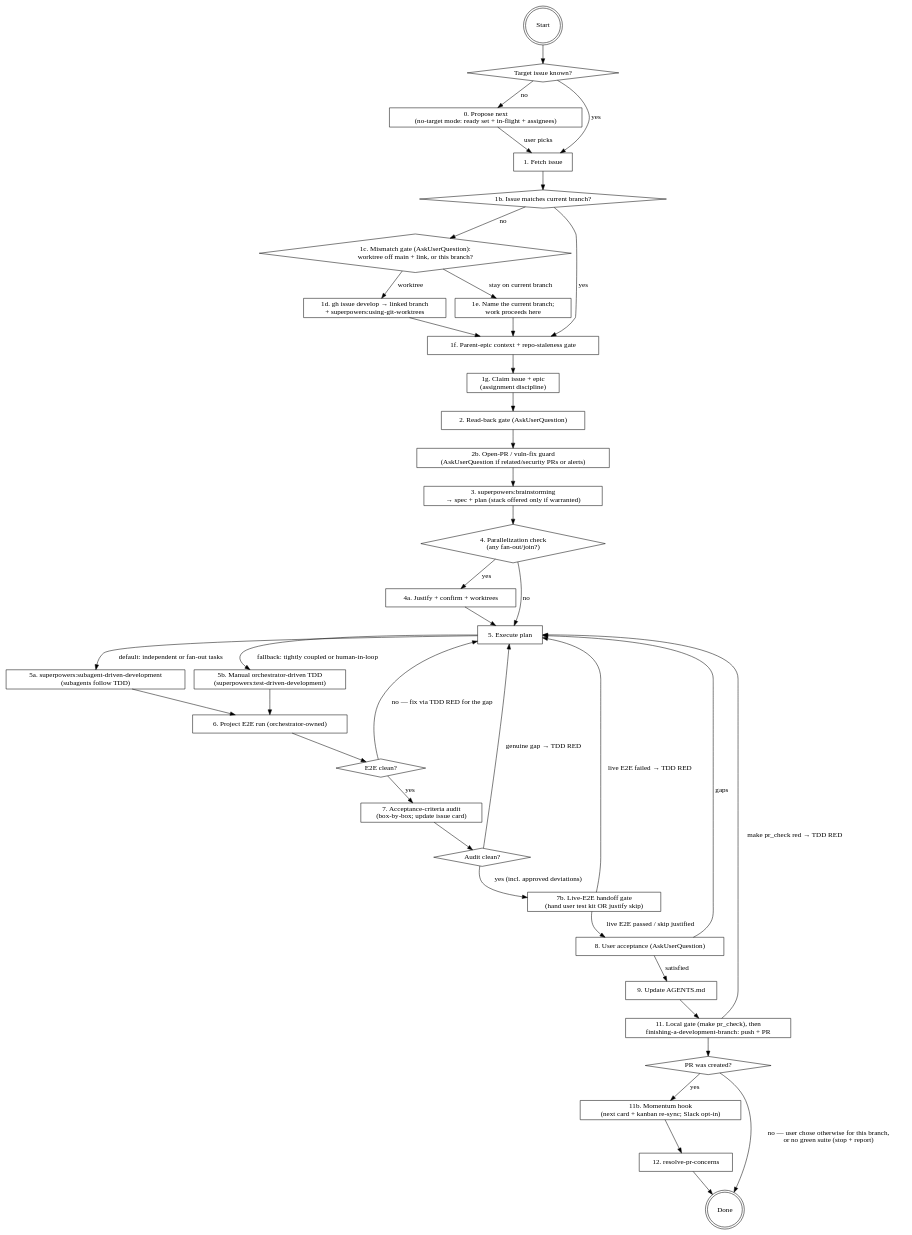
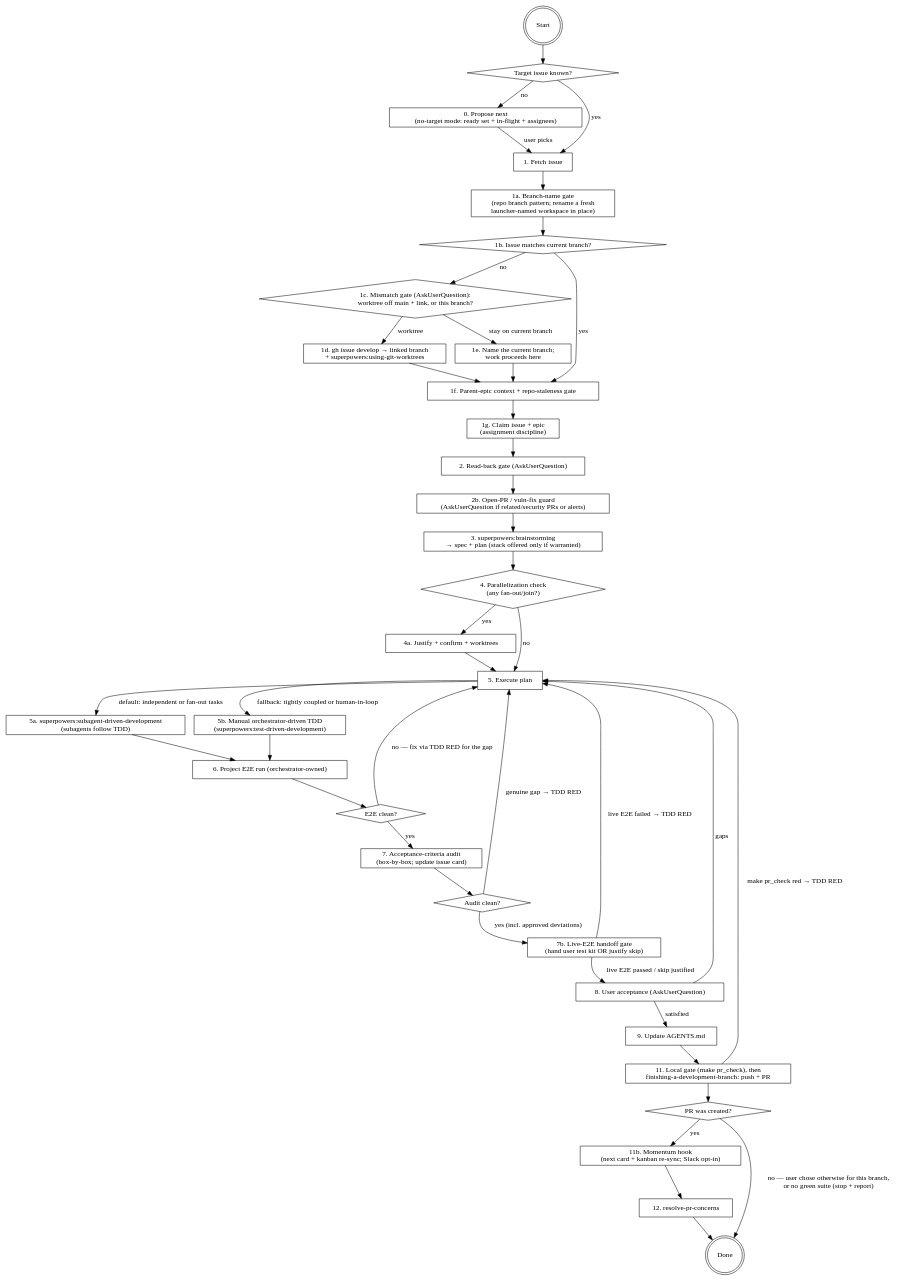
One commit to emigre459/agentic-ai-dev-template changed the diagram in .agents/skills/build-from-issue/SKILL.md. Above: the diagram before and after it, drawn with Graphviz. The commit also changed other lines of this file and 5 other files, not shown here.

First line of the commit message:
Add a branch-name gate to build-from-issue (#49)

````diff
--- a/.agents/skills/build-from-issue/SKILL.md
+++ b/.agents/skills/build-from-issue/SKILL.md
@@ -26,71 +26,72 @@
 ```dot
 digraph build_from_issue {
     rankdir=TB;
     "Start" [shape=doublecircle];
     "0. Propose next\n(no-target mode: ready set + in-flight + assignees)" [shape=box];
     "Target issue known?" [shape=diamond];
     "1. Fetch issue" [shape=box];
+    "1a. Branch-name gate\n(repo branch pattern; rename a fresh\nlauncher-named workspace in place)" [shape=box];
     "1b. Issue matches current branch?" [shape=diamond];
     "1c. Mismatch gate (AskUserQuestion):\nworktree off main + link, or this branch?" [shape=diamond];
     "1d. gh issue develop → linked branch\n+ superpowers:using-git-worktrees" [shape=box];
     "1e. Name the current branch;\nwork proceeds here" [shape=box];
     "1f. Parent-epic context + repo-staleness gate" [shape=box];
     "1g. Claim issue + epic\n(assignment discipline)" [shape=box];
     "2. Read-back gate (AskUserQuestion)" [shape=box];
     "2b. Open-PR / vuln-fix guard\n(AskUserQuestion if related/security PRs or alerts)" [shape=box];
     "3. superpowers:brainstorming\n→ spec + plan (stack offered only if warranted)" [shape=box];
     "4. Parallelization check\n(any fan-out/join?)" [shape=diamond];
     "4a. Justify + confirm + worktrees" [shape=box];
     "5. Execute plan" [shape=box];
     "5a. superpowers:subagent-driven-development\n(subagents follow TDD)" [shape=box];
     "5b. Manual orchestrator-driven TDD\n(superpowers:test-driven-development)" [shape=box];
     "6. Project E2E run (orchestrator-owned)" [shape=box];
     "E2E clean?" [shape=diamond];
     "7. Acceptance-criteria audit\n(box-by-box; update issue card)" [shape=box];
     "Audit clean?" [shape=diamond];
     "7b. Live-E2E handoff gate\n(hand user test kit OR justify skip)" [shape=box];
     "8. User acceptance (AskUserQuestion)" [shape=box];
     "9. Update AGENTS.md" [shape=box];
     "11. Local gate (make pr_check), then\nfinishing-a-development-branch: push + PR" [shape=box];
     "PR was created?" [shape=diamond];
     "11b. Momentum hook\n(next card + kanban re-sync; Slack opt-in)" [shape=box];
     "12. resolve-pr-concerns" [shape=box];
     "Done" [shape=doublecircle];
 
     "Start" -> "Target issue known?";
     "Target issue known?" -> "1. Fetch issue" [label="yes"];
     "Target issue known?" -> "0. Propose next\n(no-target mode: ready set + in-flight + assignees)" [label="no"];
     "0. Propose next\n(no-target mode: ready set + in-flight + assignees)" -> "1. Fetch issue" [label="user picks"];
-    "1. Fetch issue" -> "1b. Issue matches current branch?";
+    "1. Fetch issue" -> "1a. Branch-name gate\n(repo branch pattern; rename a fresh\nlauncher-named workspace in place)" -> "1b. Issue matches current branch?";
     "1b. Issue matches current branch?" -> "1f. Parent-epic context + repo-staleness gate" [label="yes"];
     "1b. Issue matches current branch?" -> "1c. Mismatch gate (AskUserQuestion):\nworktree off main + link, or this branch?" [label="no"];
     "1c. Mismatch gate (AskUserQuestion):\nworktree off main + link, or this branch?" -> "1d. gh issue develop → linked branch\n+ superpowers:using-git-worktrees" [label="worktree"];
     "1c. Mismatch gate (AskUserQuestion):\nworktree off main + link, or this branch?" -> "1e. Name the current branch;\nwork proceeds here" [label="stay on current branch"];
     "1d. gh issue develop → linked branch\n+ superpowers:using-git-worktrees" -> "1f. Parent-epic context + repo-staleness gate";
     "1e. Name the current branch;\nwork proceeds here" -> "1f. Parent-epic context + repo-staleness gate";
     "1f. Parent-epic context + repo-staleness gate" -> "1g. Claim issue + epic\n(assignment discipline)" -> "2. Read-back gate (AskUserQuestion)" -> "2b. Open-PR / vuln-fix guard\n(AskUserQuestion if related/security PRs or alerts)" -> "3. superpowers:brainstorming\n→ spec + plan (stack offered only if warranted)" -> "4. Parallelization check\n(any fan-out/join?)";
     "4. Parallelization check\n(any fan-out/join?)" -> "4a. Justify + confirm + worktrees" [label="yes"];
     "4. Parallelization check\n(any fan-out/join?)" -> "5. Execute plan" [label="no"];
     "4a. Justify + confirm + worktrees" -> "5. Execute plan";
     "5. Execute plan" -> "5a. superpowers:subagent-driven-development\n(subagents follow TDD)" [label="default: independent or fan-out tasks"];
     "5. Execute plan" -> "5b. Manual orchestrator-driven TDD\n(superpowers:test-driven-development)" [label="fallback: tightly coupled or human-in-loop"];
     "5a. superpowers:subagent-driven-development\n(subagents follow TDD)" -> "6. Project E2E run (orchestrator-owned)";
     "5b. Manual orchestrator-driven TDD\n(superpowers:test-driven-development)" -> "6. Project E2E run (orchestrator-owned)";
     "6. Project E2E run (orchestrator-owned)" -> "E2E clean?";
     "E2E clean?" -> "7. Acceptance-criteria audit\n(box-by-box; update issue card)" [label="yes"];
     "E2E clean?" -> "5. Execute plan" [label="no — fix via TDD RED for the gap"];
     "7. Acceptance-criteria audit\n(box-by-box; update issue card)" -> "Audit clean?";
     "Audit clean?" -> "7b. Live-E2E handoff gate\n(hand user test kit OR justify skip)" [label="yes (incl. approved deviations)"];
     "Audit clean?" -> "5. Execute plan" [label="genuine gap → TDD RED"];
     "7b. Live-E2E handoff gate\n(hand user test kit OR justify skip)" -> "8. User acceptance (AskUserQuestion)" [label="live E2E passed / skip justified"];
     "7b. Live-E2E handoff gate\n(hand user test kit OR justify skip)" -> "5. Execute plan" [label="live E2E failed → TDD RED"];
     "8. User acceptance (AskUserQuestion)" -> "5. Execute plan" [label="gaps"];
     "8. User acceptance (AskUserQuestion)" -> "9. Update AGENTS.md" [label="satisfied"];
     "9. Update AGENTS.md" -> "11. Local gate (make pr_check), then\nfinishing-a-development-branch: push + PR" -> "PR was created?";
     "11. Local gate (make pr_check), then\nfinishing-a-development-branch: push + PR" -> "5. Execute plan" [label="make pr_check red → TDD RED"];
     "PR was created?" -> "11b. Momentum hook\n(next card + kanban re-sync; Slack opt-in)" [label="yes"];
     "11b. Momentum hook\n(next card + kanban re-sync; Slack opt-in)" -> "12. resolve-pr-concerns";
     "PR was created?" -> "Done" [label="no — user chose otherwise for this branch,\nor no green suite (stop + report)"];
     "12. resolve-pr-concerns" -> "Done";
 }
 ```
````
